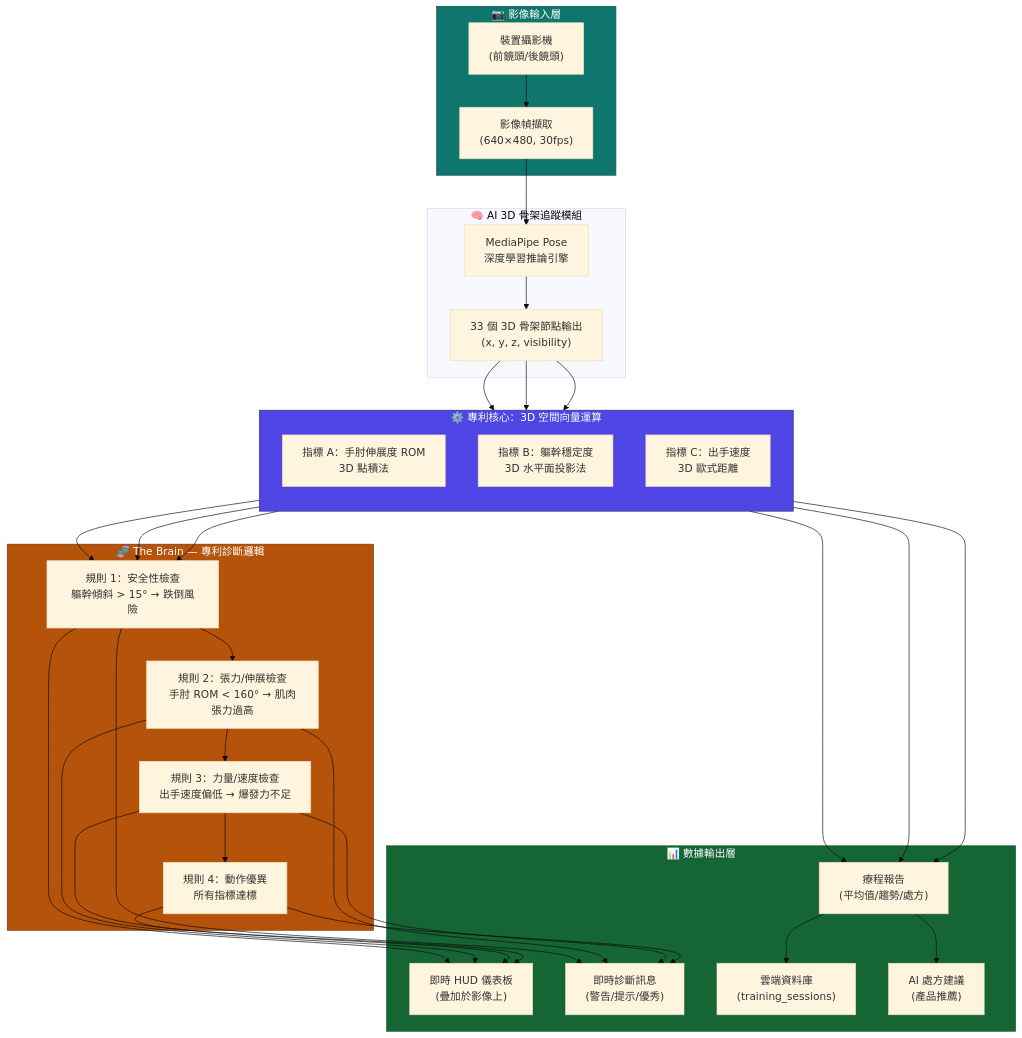
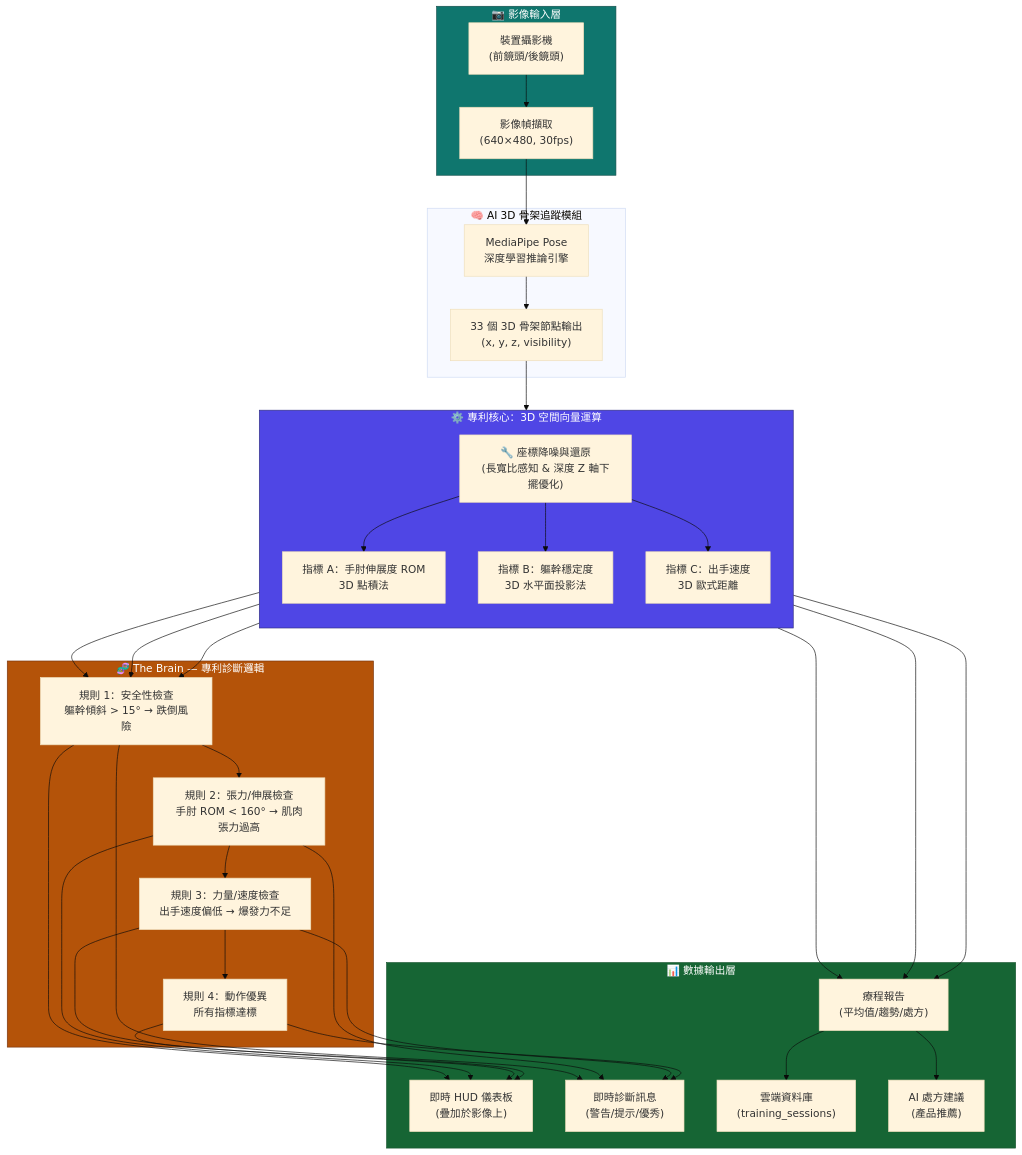
One commit to secrects2/Daoli2026 changed the first of 3 diagrams in floor-curling-app/docs/patent_system_flowchart.md. Above: the diagram before and after it, drawn with Mermaid (base theme). The commit also changed other lines of this file and 12 other files, not shown here.

````diff
--- a/floor-curling-app/docs/patent_system_flowchart.md
+++ b/floor-curling-app/docs/patent_system_flowchart.md
@@ -7,55 +7,58 @@
 ```mermaid
 graph TB
     subgraph INPUT["📷 影像輸入層"]
         CAM["裝置攝影機<br/>(前鏡頭/後鏡頭)"]
         FRAME["影像幀擷取<br/>(640×480, 30fps)"]
     end
 
     subgraph AI_ENGINE["🧠 AI 3D 骨架追蹤模組"]
         MP["MediaPipe Pose<br/>深度學習推論引擎"]
         LM["33 個 3D 骨架節點輸出<br/>(x, y, z, visibility)"]
     end
 
     subgraph PATENT_CORE["⚙️ 專利核心：3D 空間向量運算"]
         direction TB
+        PRE["🔧 座標降噪與還原<br/>(長寬比感知 & 深度 Z 軸下擺優化)"]
         ROM["指標 A：手肘伸展度 ROM<br/>3D 點積法"]
         TRUNK["指標 B：軀幹穩定度<br/>3D 水平面投影法"]
         VEL["指標 C：出手速度<br/>3D 歐式距離"]
+        
+        PRE --> ROM
+        PRE --> TRUNK
+        PRE --> VEL
     end
 
     subgraph BRAIN["🧬 The Brain — 專利診斷邏輯"]
         R1["規則 1：安全性檢查<br/>軀幹傾斜 > 15° → 跌倒風險"]
         R2["規則 2：張力/伸展檢查<br/>手肘 ROM < 160° → 肌肉張力過高"]
         R3["規則 3：力量/速度檢查<br/>出手速度偏低 → 爆發力不足"]
         R4["規則 4：動作優異<br/>所有指標達標"]
     end
 
     subgraph OUTPUT["📊 數據輸出層"]
         RT["即時 HUD 儀表板<br/>(疊加於影像上)"]
         DIAG["即時診斷訊息<br/>(警告/提示/優秀)"]
         REPORT["療程報告<br/>(平均值/趨勢/處方)"]
         DB["雲端資料庫<br/>(training_sessions)"]
         RX["AI 處方建議<br/>(產品推薦)"]
     end
 
     CAM --> FRAME
     FRAME --> MP
     MP --> LM
-    LM --> ROM
-    LM --> TRUNK
-    LM --> VEL
+    LM --> PRE
     ROM --> R1
     TRUNK --> R1
     VEL --> R1
     R1 --> R2 --> R3 --> R4
     R1 & R2 & R3 & R4 --> RT
     R1 & R2 & R3 & R4 --> DIAG
     ROM & TRUNK & VEL --> REPORT
     REPORT --> DB
     REPORT --> RX
 
     style PATENT_CORE fill:#4F46E5,color:#fff,stroke:#312E81
     style BRAIN fill:#B45309,color:#fff,stroke:#78350F
     style INPUT fill:#0F766E,color:#fff,stroke:#134E4A
     style OUTPUT fill:#166534,color:#fff,stroke:#14532D
 ```
````
